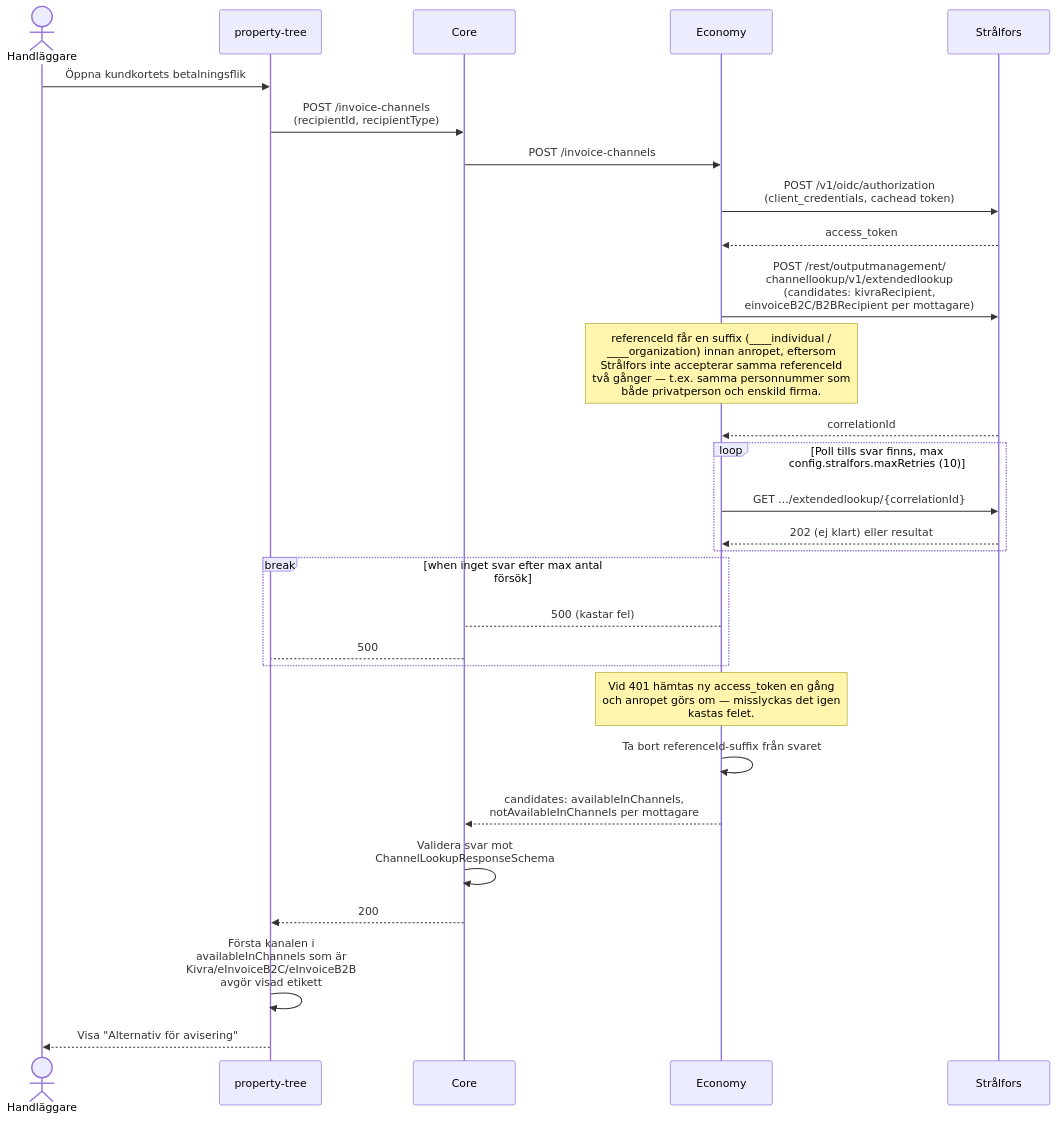
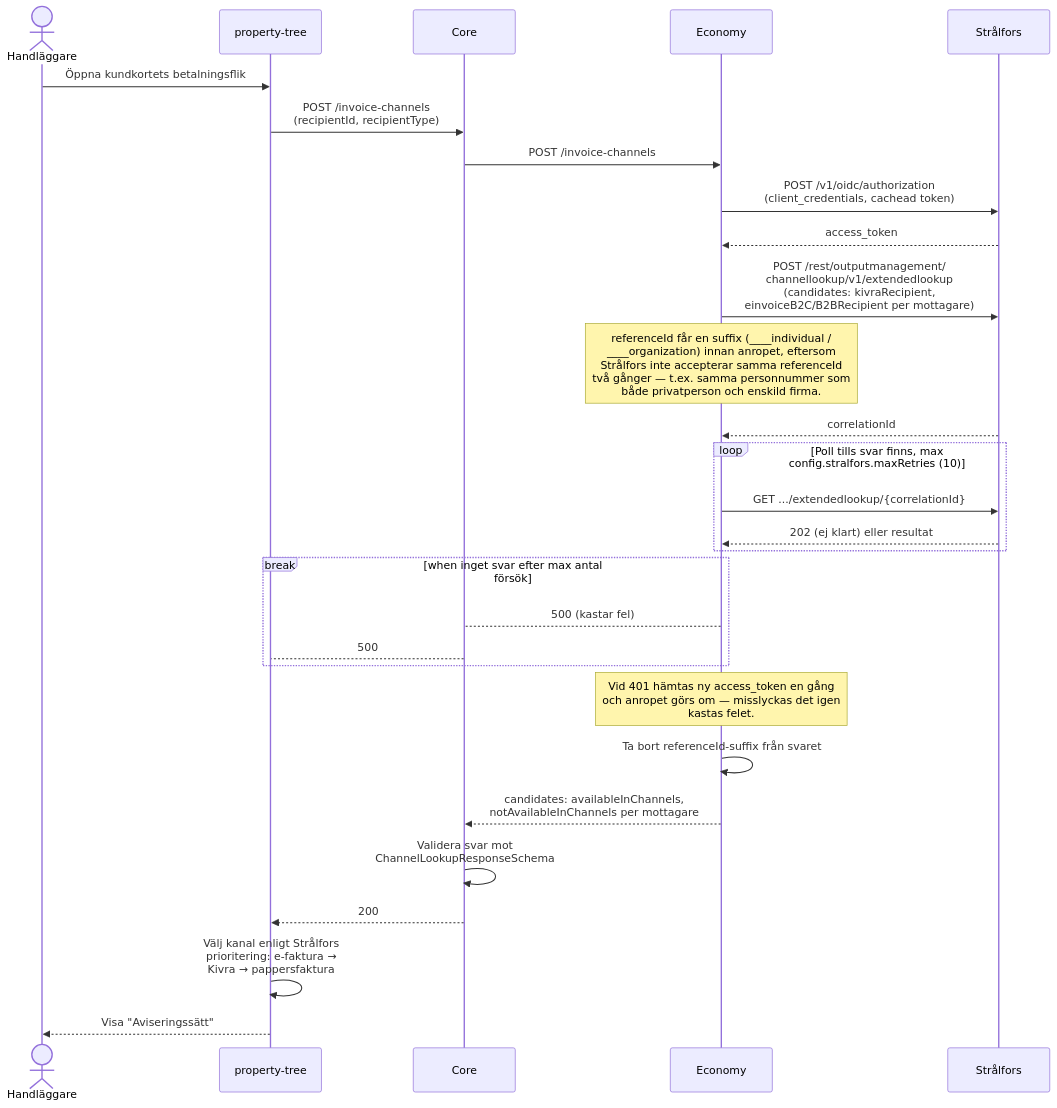
One commit to Bostads-AB-Mimer/onecore changed the second of 2 diagrams in core/src/processes/invoicedistribution/DOCS_Invoice_Channel_Lookup.md. Above: the diagram before and after it, drawn with Mermaid. The commit also changed other lines of this file and 5 other files, not shown here.

First line of the commit message:
fix(property-tree): show invoice delivery method by Strålfors priority (AVTAL-482) (#911)

````diff
--- a/core/src/processes/invoicedistribution/DOCS_Invoice_Channel_Lookup.md
+++ b/core/src/processes/invoicedistribution/DOCS_Invoice_Channel_Lookup.md
@@ -31,39 +34,39 @@
 ```mermaid
 sequenceDiagram
     actor Handläggare as Handläggare
     participant PropertyTree as property-tree
     participant Core as Core
     participant Economy as Economy
     participant Stralfors as Strålfors
 
     Handläggare ->> PropertyTree: Öppna kundkortets betalningsflik
     PropertyTree ->> Core: POST /invoice-channels<br/>(recipientId, recipientType)
     Core ->> Economy: POST /invoice-channels
     Economy ->> Stralfors: POST /v1/oidc/authorization<br/>(client_credentials, cachead token)
     Stralfors -->> Economy: access_token
 
     Economy ->> Stralfors: POST /rest/outputmanagement/<br/>channellookup/v1/extendedlookup<br/>(candidates: kivraRecipient,<br/>einvoiceB2C/B2BRecipient per mottagare)
     note over Economy: referenceId får en suffix (____individual /<br/>____organization) innan anropet, eftersom<br/>Strålfors inte accepterar samma referenceId<br/>två gånger — t.ex. samma personnummer som<br/>både privatperson och enskild firma.
     Stralfors -->> Economy: correlationId
 
     loop Poll tills svar finns, max config.stralfors.maxRetries (10)
         Economy ->> Stralfors: GET .../extendedlookup/{correlationId}
         Stralfors -->> Economy: 202 (ej klart) eller resultat
     end
 
     break when inget svar efter max antal försök
         Economy-->Core: 500 (kastar fel)
         Core-->PropertyTree: 500
     end
 
     note over Economy: Vid 401 hämtas ny access_token en gång<br/>och anropet görs om — misslyckas det igen<br/>kastas felet.
 
     Economy ->> Economy: Ta bort referenceId-suffix från svaret
     Economy -->> Core: candidates: availableInChannels,<br/>notAvailableInChannels per mottagare
     Core ->> Core: Validera svar mot<br/>ChannelLookupResponseSchema
     Core -->> PropertyTree: 200
 
-    PropertyTree ->> PropertyTree: Första kanalen i<br/>availableInChannels som är<br/>Kivra/eInvoiceB2C/eInvoiceB2B<br/>avgör visad etikett
-    PropertyTree -->> Handläggare: Visa "Alternativ för avisering"
+    PropertyTree ->> PropertyTree: Välj kanal enligt Strålfors<br/>prioritering: e-faktura →<br/>Kivra → pappersfaktura
+    PropertyTree -->> Handläggare: Visa "Aviseringssätt"
 
 ```
````
